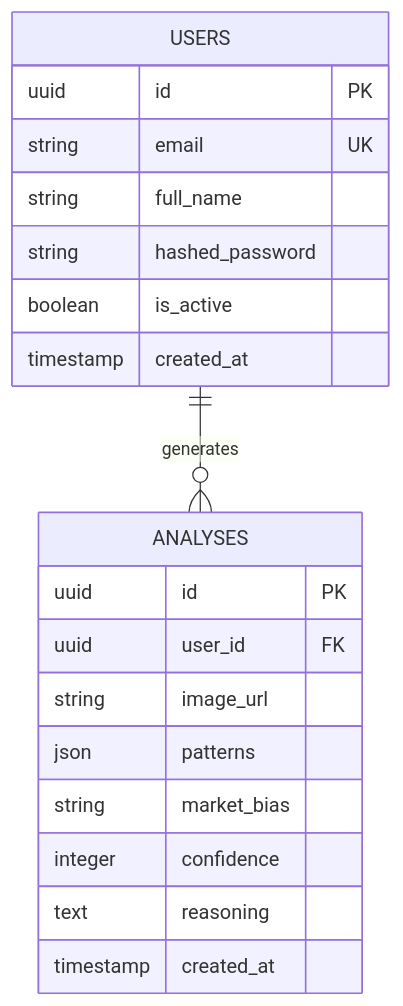
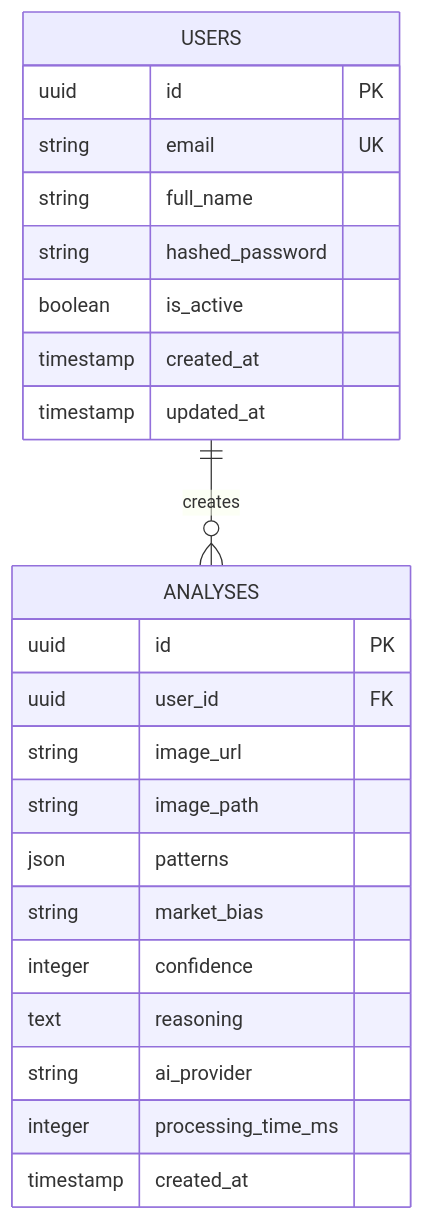
One commit to vutikurishanmukha9/Candle-Light changed the second of 2 diagrams in README.md. Above: the diagram before and after it, drawn with Mermaid. The commit also changed other lines of this file and 14 other files, not shown here.

````diff
--- a/README.md
+++ b/README.md
@@ -83,22 +151,26 @@
 ```mermaid
 erDiagram
-    USERS ||--o{ ANALYSES : generates
+    USERS ||--o{ ANALYSES : creates
     USERS {
         uuid id PK
         string email UK
         string full_name
         string hashed_password
         boolean is_active
         timestamp created_at
+        timestamp updated_at
     }
     ANALYSES {
         uuid id PK
         uuid user_id FK
         string image_url
+        string image_path
         json patterns
         string market_bias
         integer confidence
         text reasoning
+        string ai_provider
+        integer processing_time_ms
         timestamp created_at
     }
 ```
````
